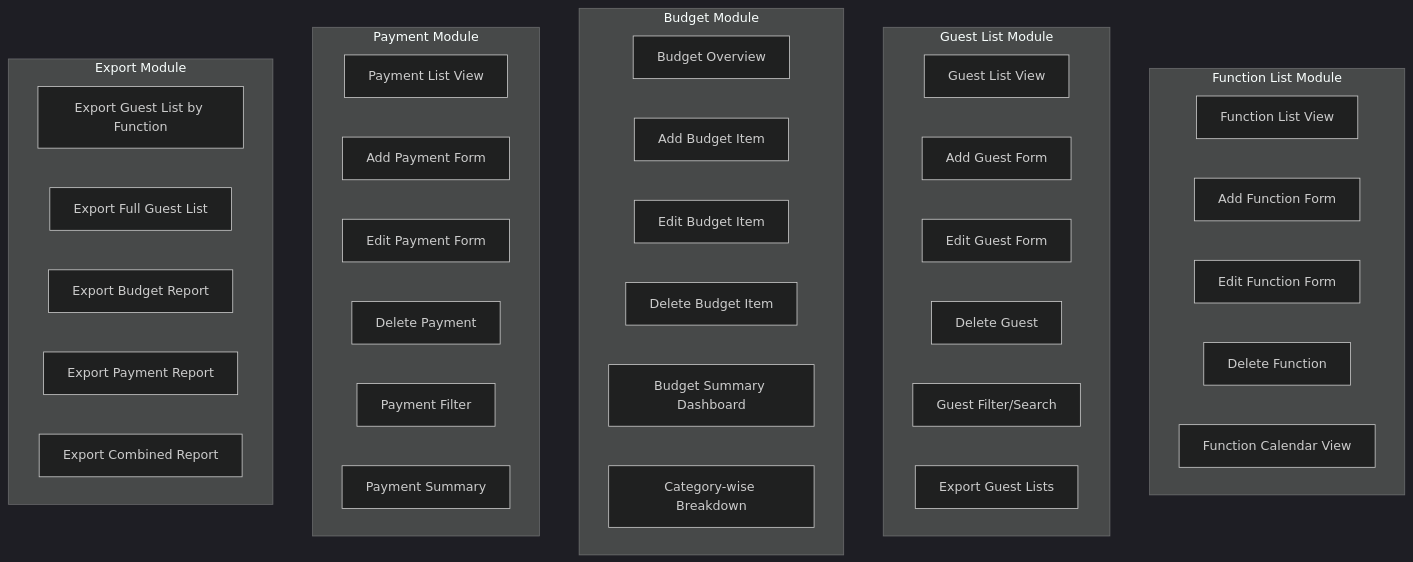
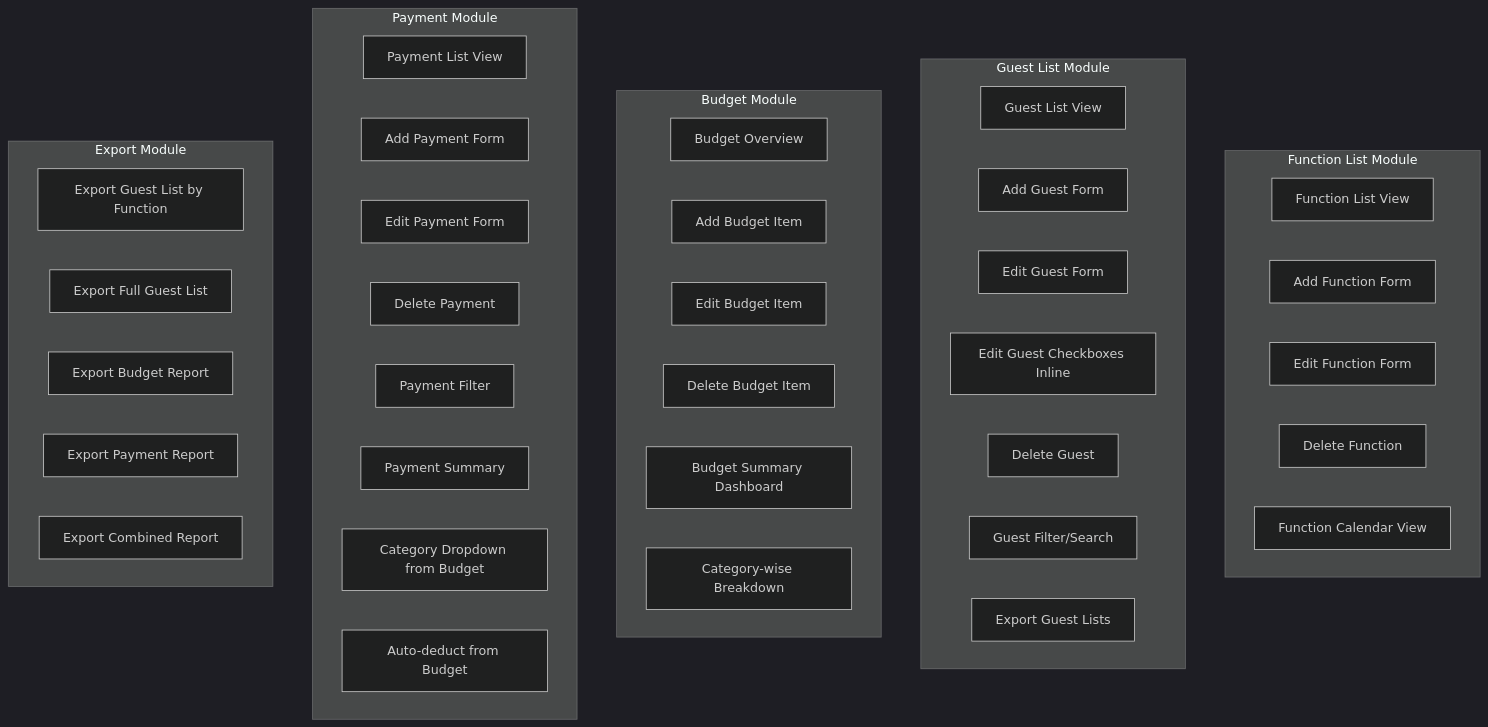
The fifth of 8 diagrams in ARCHITECTURE.md (bansal6498/ShaadiApp), drawn with Mermaid (dark theme) before and after one commit. The commit also changed other lines of this file and 2 other files, not shown here.

````diff
--- a/ARCHITECTURE.md
+++ b/ARCHITECTURE.md
@@ -228,45 +245,48 @@
 ```mermaid
 graph TD
     subgraph "Function List Module"
         F1[Function List View]
         F2[Add Function Form]
         F3[Edit Function Form]
         F4[Delete Function]
         F5[Function Calendar View]
     end
     
     subgraph "Guest List Module"
         G1[Guest List View]
         G2[Add Guest Form]
         G3[Edit Guest Form]
-        G4[Delete Guest]
-        G5[Guest Filter/Search]
-        G6[Export Guest Lists]
+        G4[Edit Guest Checkboxes Inline]
+        G5[Delete Guest]
+        G6[Guest Filter/Search]
+        G7[Export Guest Lists]
     end
     
     subgraph "Budget Module"
         B1[Budget Overview]
         B2[Add Budget Item]
         B3[Edit Budget Item]
         B4[Delete Budget Item]
         B5[Budget Summary Dashboard]
         B6[Category-wise Breakdown]
     end
     
     subgraph "Payment Module"
         P1[Payment List View]
         P2[Add Payment Form]
         P3[Edit Payment Form]
         P4[Delete Payment]
         P5[Payment Filter]
         P6[Payment Summary]
+        P7[Category Dropdown from Budget]
+        P8[Auto-deduct from Budget]
     end
     
     subgraph "Export Module"
         E1[Export Guest List by Function]
         E2[Export Full Guest List]
         E3[Export Budget Report]
         E4[Export Payment Report]
         E5[Export Combined Report]
     end
 ```
````
